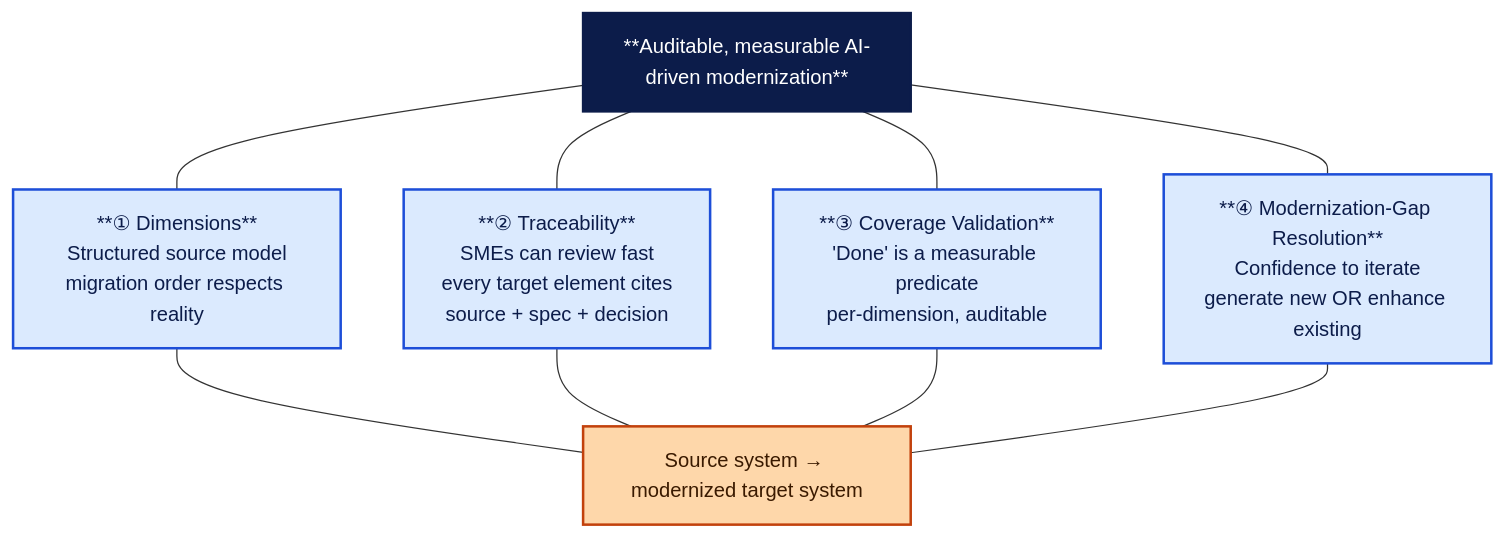
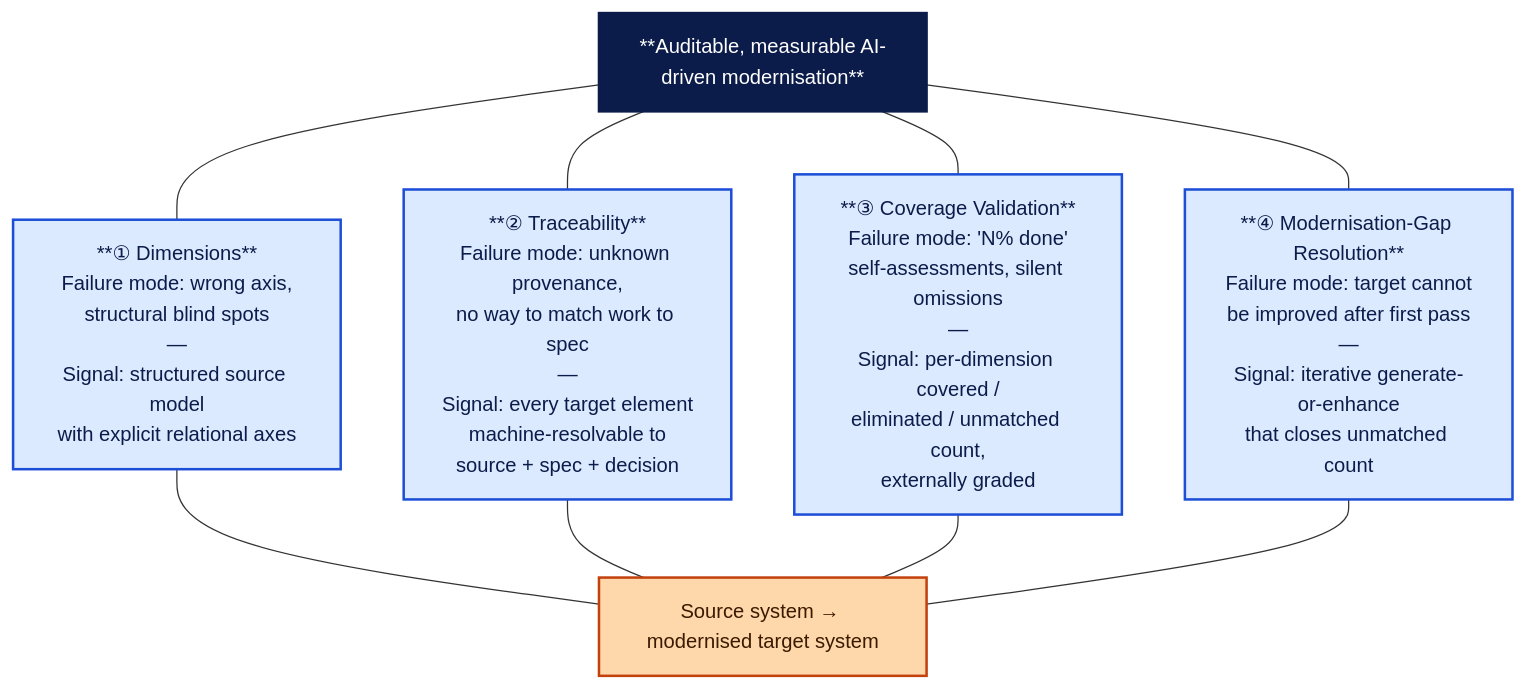
Before and after one commit to rd162/OSS_Migration: the first of 5 diagrams in docs/article/image-prompts.md, drawn with Mermaid. The commit also changed other lines of this file and 2 other files, not shown here.

First line of the commit message:
Add framework framing to AI modernization article

````diff
--- a/docs/article/image-prompts.md
+++ b/docs/article/image-prompts.md
@@ -82,23 +115,23 @@
 ```mermaid
 flowchart TB
-    Top["**Auditable, measurable AI-driven modernization**"]:::cap
+    Top["**Auditable, measurable AI-driven modernisation**"]:::cap
     Top --- P1
     Top --- P2
     Top --- P3
     Top --- P4
 
-    P1["**① Dimensions**<br/>Structured source model<br/>migration order respects reality"]:::pillar
-    P2["**② Traceability**<br/>SMEs can review fast<br/>every target element cites<br/>source + spec + decision"]:::pillar
-    P3["**③ Coverage Validation**<br/>'Done' is a measurable predicate<br/>per-dimension, auditable"]:::pillar
-    P4["**④ Modernization-Gap Resolution**<br/>Confidence to iterate<br/>generate new OR enhance existing"]:::pillar
+    P1["**① Dimensions**<br/>Failure mode: wrong axis,<br/>structural blind spots<br/>—<br/>Signal: structured source model<br/>with explicit relational axes"]:::pillar
+    P2["**② Traceability**<br/>Failure mode: unknown provenance,<br/>no way to match work to spec<br/>—<br/>Signal: every target element<br/>machine-resolvable to<br/>source + spec + decision"]:::pillar
+    P3["**③ Coverage Validation**<br/>Failure mode: 'N% done'<br/>self-assessments, silent omissions<br/>—<br/>Signal: per-dimension covered /<br/>eliminated / unmatched count,<br/>externally graded"]:::pillar
+    P4["**④ Modernisation-Gap Resolution**<br/>Failure mode: target cannot<br/>be improved after first pass<br/>—<br/>Signal: iterative generate-or-enhance<br/>that closes unmatched count"]:::pillar
 
-    Base["Source system → modernized target system"]:::base
+    Base["Source system → modernised target system"]:::base
     P1 --- Base
     P2 --- Base
     P3 --- Base
     P4 --- Base
 
     classDef cap fill:#0c1c4a,color:#ffffff,stroke:#0c1c4a,stroke-width:2px;
     classDef pillar fill:#dbeafe,stroke:#1d4ed8,stroke-width:2px,color:#0c1c4a;
     classDef base fill:#fed7aa,stroke:#c2410c,stroke-width:2px,color:#3a1a00;
 ```
````
